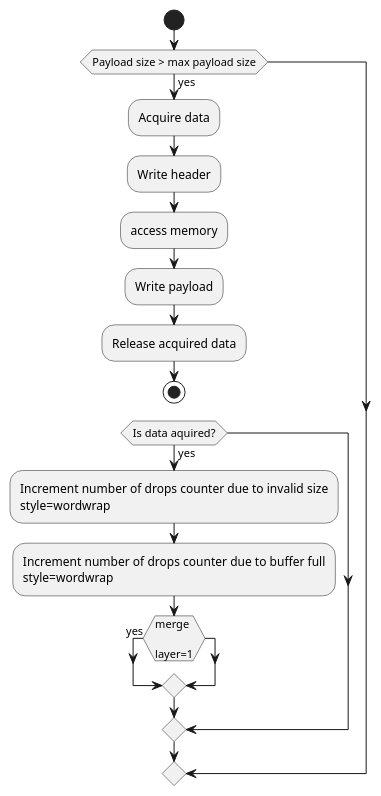
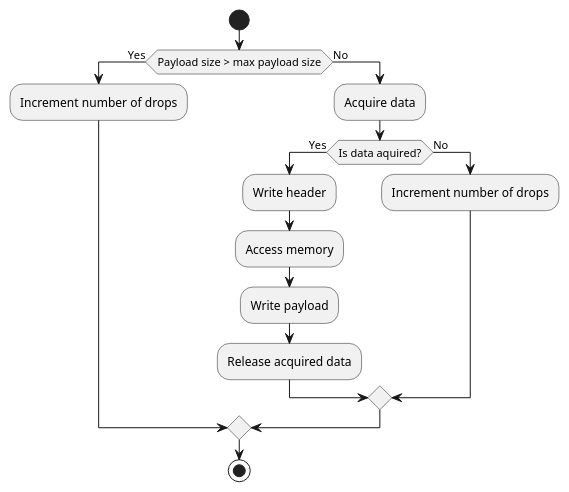
One commit to eclipse-score/inc_mw_log changed the diagram in design/shared_memory_writer_allocandwrite.puml. Above: the diagram before and after it, drawn with PlantUML. The commit also changed 8 other files, not shown here.

Commit message:
Fixing some diagrams

```diff
--- a/design/shared_memory_writer_allocandwrite.puml
+++ b/design/shared_memory_writer_allocandwrite.puml
@@ -1,18 +1,17 @@
 @startuml
 start
-if (Payload size > max payload size) then (yes)
-:Acquire data;
-:Write header;
-:access memory;
-:Write payload;
-:Release acquired data;
+if (Payload size > max payload size) then (Yes)
+    :Increment number of drops;
+else(No)
+    :Acquire data;
+    if (Is data aquired?) then (Yes)
+        :Write header;
+        :Access memory;
+        :Write payload;
+        :Release acquired data;
+    else(No)
+        :Increment number of drops;
+    endif
+endif
 stop
-if (Is data aquired?) then (yes)
-:Increment number of drops counter due to invalid size
-style=wordwrap;
-:Increment number of drops counter due to buffer full
-style=wordwrap;
-if (merge
-
-layer=1) then (yes)
 @enduml
```
